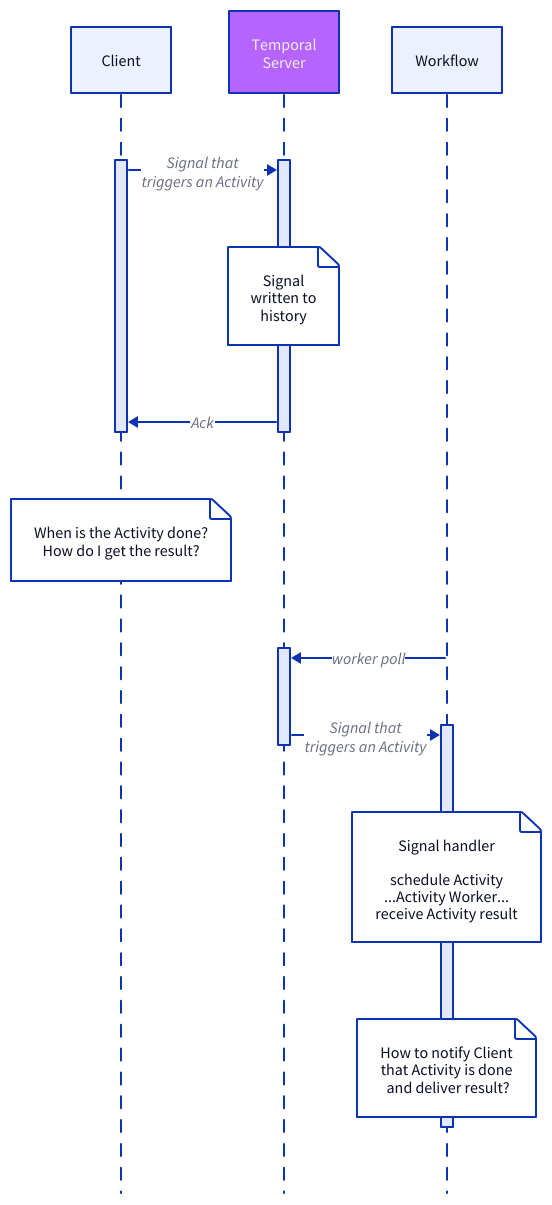
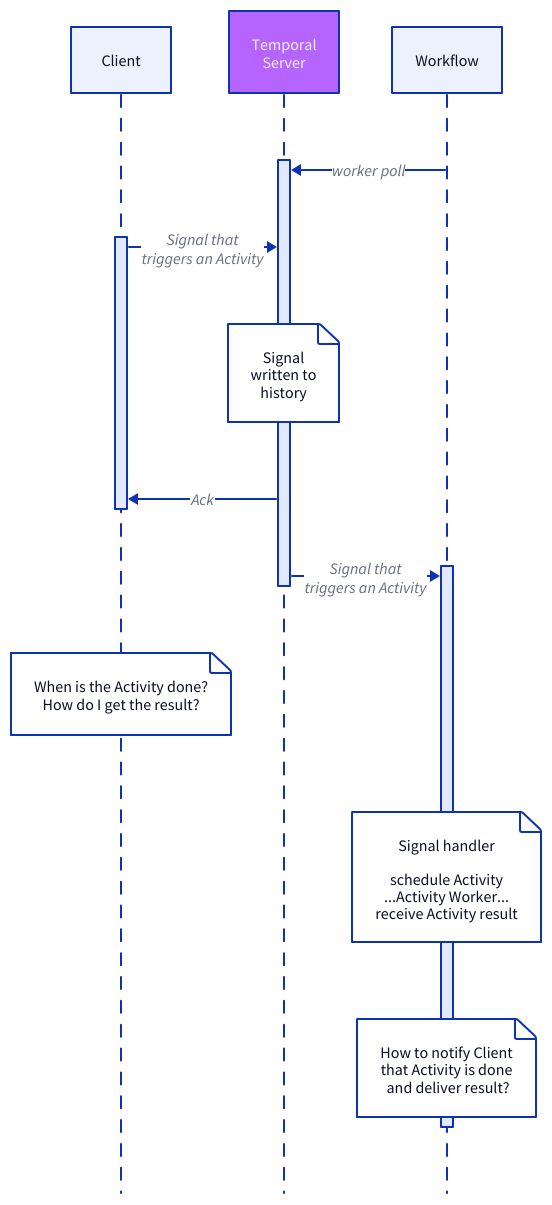
The diagram in diagrams/update-blog-signal.d2 (dandavison/temporalio-notes), drawn with D2 before and after one commit. The commit also changed 6 other files, not shown here.

Commit message:
blog post diagrams

```diff
--- a/diagrams/update-blog-signal.d2
+++ b/diagrams/update-blog-signal.d2
@@ -1,24 +1,24 @@
 shape: sequence_diagram
 
 C: {
   label: Client
 }
 S: {
   label: Temporal\nServer
 }
 W: {
   label: Workflow
 }
 S.style: {
   fill: "#B664FF"
   font-color: "#EEEEEE"
 }
 
+W -> S.1: worker poll
 C.1 -> S.1: Signal that\ntriggers an Activity
 S.1."Signal\nwritten to\nhistory"
 S.1 -> C.1: Ack
+S.1 -> W.1: Signal that\ntriggers an Activity
 C."When is the Activity done?\nHow do I get the result?"
-W -> S.2: worker poll
-S.2 -> W.1: Signal that\ntriggers an Activity
 W.1."Signal handler\n\nschedule Activity\n...Activity Worker...\nreceive Activity result"
 W.1."How to notify Client\nthat Activity is done\n and deliver result?"
```
